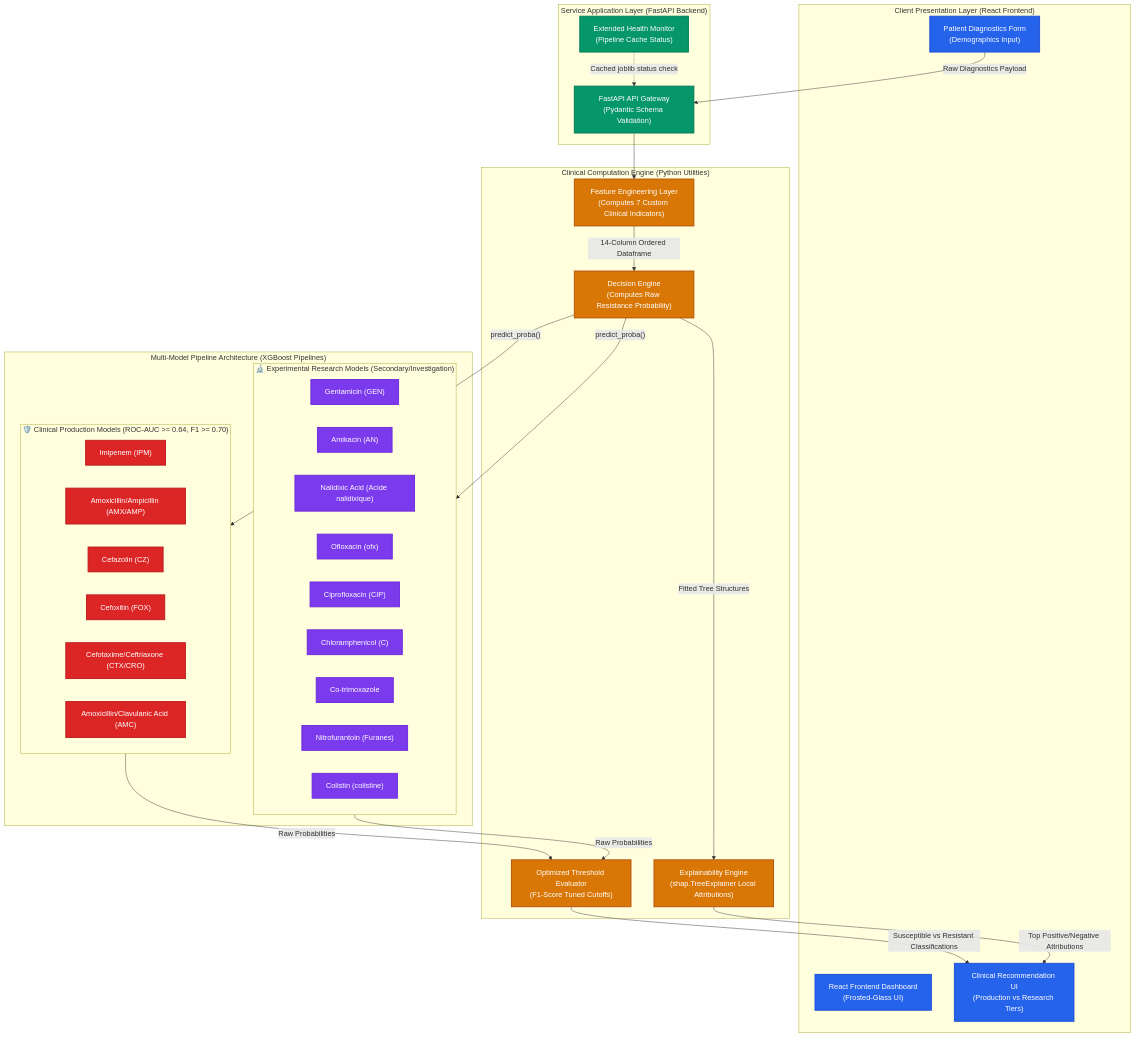
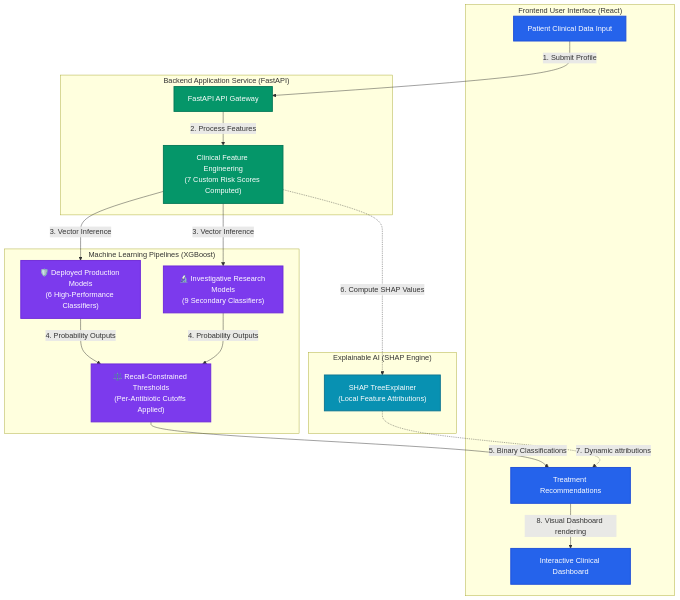
The first of 2 diagrams in README.md (YashChauhan-2303/Antibiotic-Resistance-Predictor), drawn with Mermaid before and after one commit. The commit also changed other lines of this file and 1 other file, not shown here.

````diff
--- a/README.md
+++ b/README.md
@@ -29,72 +29,42 @@
 ```mermaid
 graph TD
-    %% Colors and Styles
     classDef client fill:#2563eb,stroke:#1d4ed8,stroke-width:2px,color:#fff;
-    classDef server fill:#059669,stroke:#047857,stroke-width:2px,color:#fff;
-    classDef logic fill:#d97706,stroke:#b45309,stroke-width:2px,color:#fff;
-    classDef prod fill:#dc2626,stroke:#b91c1c,stroke-width:2px,color:#fff;
-    classDef exp fill:#7c3aed,stroke:#6d28d9,stroke-width:2px,color:#fff;
+    classDef backend fill:#059669,stroke:#047857,stroke-width:2px,color:#fff;
+    classDef ml fill:#7c3aed,stroke:#6d28d9,stroke-width:2px,color:#fff;
     classDef explain fill:#0891b2,stroke:#0e7490,stroke-width:2px,color:#fff;
 
-    subgraph ClientLayer ["Client Presentation Layer (React Frontend)"]
-        Dashboard["React Frontend Dashboard<br>(Frosted-Glass UI)"]:::client
-        PatientForm["Patient Diagnostics Form<br>(Demographics Input)"]:::client
-        ResultsScreen["Clinical Recommendation UI<br>(Production vs Research Tiers)"]:::client
+    subgraph ClientLayer ["Frontend User Interface (React)"]
+        Dashboard["Interactive Clinical Dashboard"]:::client
+        PatientInput["Patient Clinical Data Input"]:::client
+        Recommendations["Treatment Recommendations"]:::client
     end
 
-    subgraph ServerLayer ["Service Application Layer (FastAPI Backend)"]
-        API["FastAPI API Gateway<br>(Pydantic Schema Validation)"]:::server
-        HealthChecker["Extended Health Monitor<br>(Pipeline Cache Status)"]:::server
+    subgraph ServerLayer ["Backend Application Service (FastAPI)"]
+        Gateway["FastAPI API Gateway"]:::backend
+        FeatureEng["Clinical Feature Engineering<br>(7 Custom Risk Scores Computed)"]:::backend
     end
 
-    subgraph LogicLayer ["Clinical Computation Engine (Python Utilities)"]
-        FE["Feature Engineering Layer<br>(Computes 7 Custom Clinical Indicators)"]:::logic
-        PredictEngine["Decision Engine<br>(Computes Raw Resistance Probability)"]:::logic
-        ThresholdLayer["Optimized Threshold Evaluator<br>(F1-Score Tuned Cutoffs)"]:::logic
-        SHAPEngine["Explainability Engine<br>(shap.TreeExplainer Local Attributions)"]:::logic
+    subgraph MLLayer ["Machine Learning Pipelines (XGBoost)"]
+        ProdModels["🛡️ Deployed Production Models<br>(6 High-Performance Classifiers)"]:::ml
+        ExpModels["🔬 Investigative Research Models<br>(9 Secondary Classifiers)"]:::ml
+        Thresholds["⚖️ Recall-Constrained Thresholds<br>(Per-Antibiotic Cutoffs Applied)"]:::ml
     end
 
-    subgraph PipelineLayer ["Multi-Model Pipeline Architecture (XGBoost Pipelines)"]
-        subgraph ProdTier ["🛡️ Clinical Production Models (ROC-AUC >= 0.64, F1 >= 0.70)"]
-            M_IPM["Imipenem (IPM)"]:::prod
-            M_AMX["Amoxicillin/Ampicillin (AMX/AMP)"]:::prod
-            M_CZ["Cefazolin (CZ)"]:::prod
-            M_FOX["Cefoxitin (FOX)"]:::prod
-            M_CTX["Cefotaxime/Ceftriaxone (CTX/CRO)"]:::prod
-            M_AMC["Amoxicillin/Clavulanic Acid (AMC)"]:::prod
-        end
-
-        subgraph ExpTier ["🔬 Experimental Research Models (Secondary/Investigation)"]
-            M_GEN["Gentamicin (GEN)"]:::exp
-            M_AN["Amikacin (AN)"]:::exp
-            M_NAL["Nalidixic Acid (Acide nalidixique)"]:::exp
-            M_OFX["Ofloxacin (ofx)"]:::exp
-            M_CIP["Ciprofloxacin (CIP)"]:::exp
-            M_C["Chloramphenicol (C)"]:::exp
-            M_COT["Co-trimoxazole"]:::exp
-            M_FUR["Nitrofurantoin (Furanes)"]:::exp
-            M_COL["Colistin (colistine)"]:::exp
-        end
+    subgraph ExplainLayer ["Explainable AI (SHAP Engine)"]
+        SHAP["SHAP TreeExplainer<br>(Local Feature Attributions)"]:::explain
     end
 
     %% Data Flow
-    PatientForm -->|"Raw Diagnostics Payload"| API
-    API --> FE
-    FE -->|"14-Column Ordered Dataframe"| PredictEngine
+    PatientInput -->|"1. Submit Profile"| Gateway
+    Gateway -->|"2. Process Features"| FeatureEng
+    FeatureEng -->|"3. Vector Inference"| ProdModels
+    FeatureEng -->|"3. Vector Inference"| ExpModels
     
-    %% Predict Engine queries the models
-    PredictEngine -->|"predict_proba()"| ProdTier
-    PredictEngine -->|"predict_proba()"| ExpTier
+    ProdModels -->|"4. Probability Outputs"| Thresholds
+    ExpModels -->|"4. Probability Outputs"| Thresholds
     
-    ProdTier -->|"Raw Probabilities"| ThresholdLayer
-    ExpTier -->|"Raw Probabilities"| ThresholdLayer
-    
-    ThresholdLayer -->|"Susceptible vs Resistant Classifications"| ResultsScreen
-    
-    %% SHAP calculations
-    PredictEngine -->|"Fitted Tree Structures"| SHAPEngine
-    SHAPEngine -->|"Top Positive/Negative Attributions"| ResultsScreen
-
-    %% Health Monitor
-    HealthChecker -.->|"Cached joblib status check"| API
+    Thresholds -->|"5. Binary Classifications"| Recommendations
+    FeatureEng -.->|"6. Compute SHAP Values"| SHAP
+    SHAP -.->|"7. Dynamic attributions"| Recommendations
+    Recommendations -->|"8. Visual Dashboard rendering"| Dashboard
 ```
````
